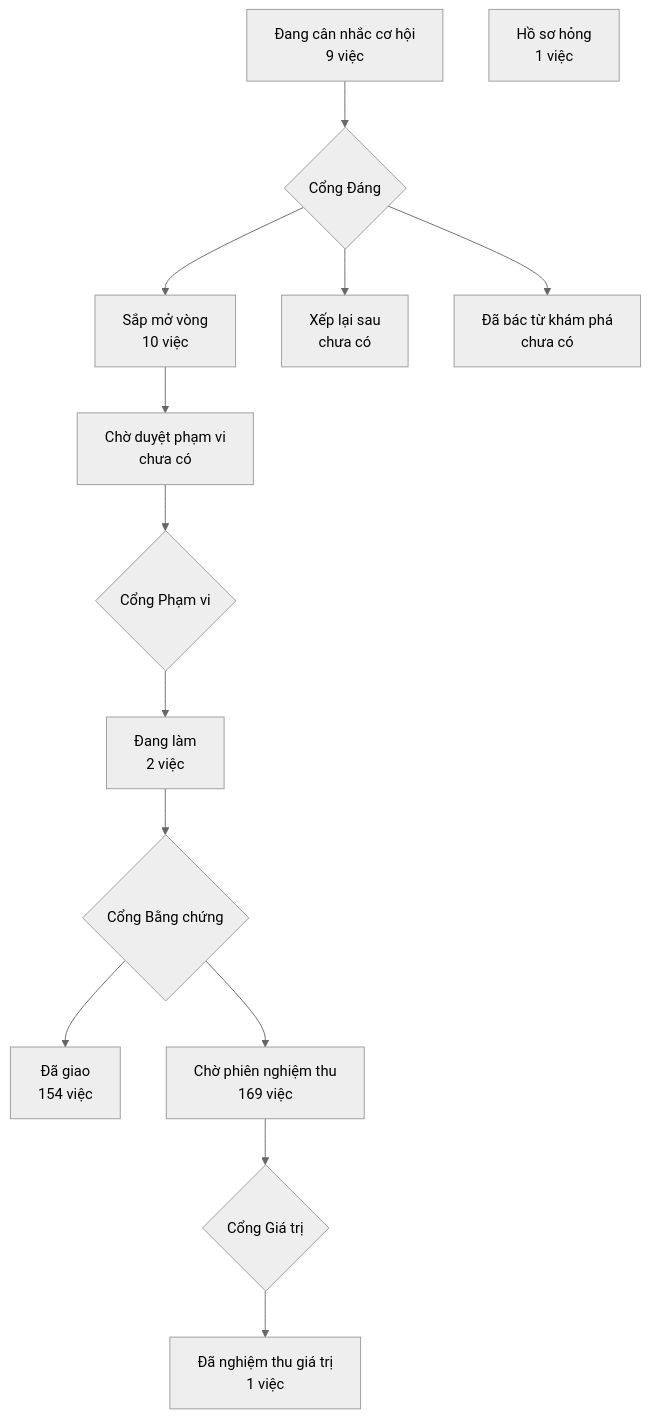
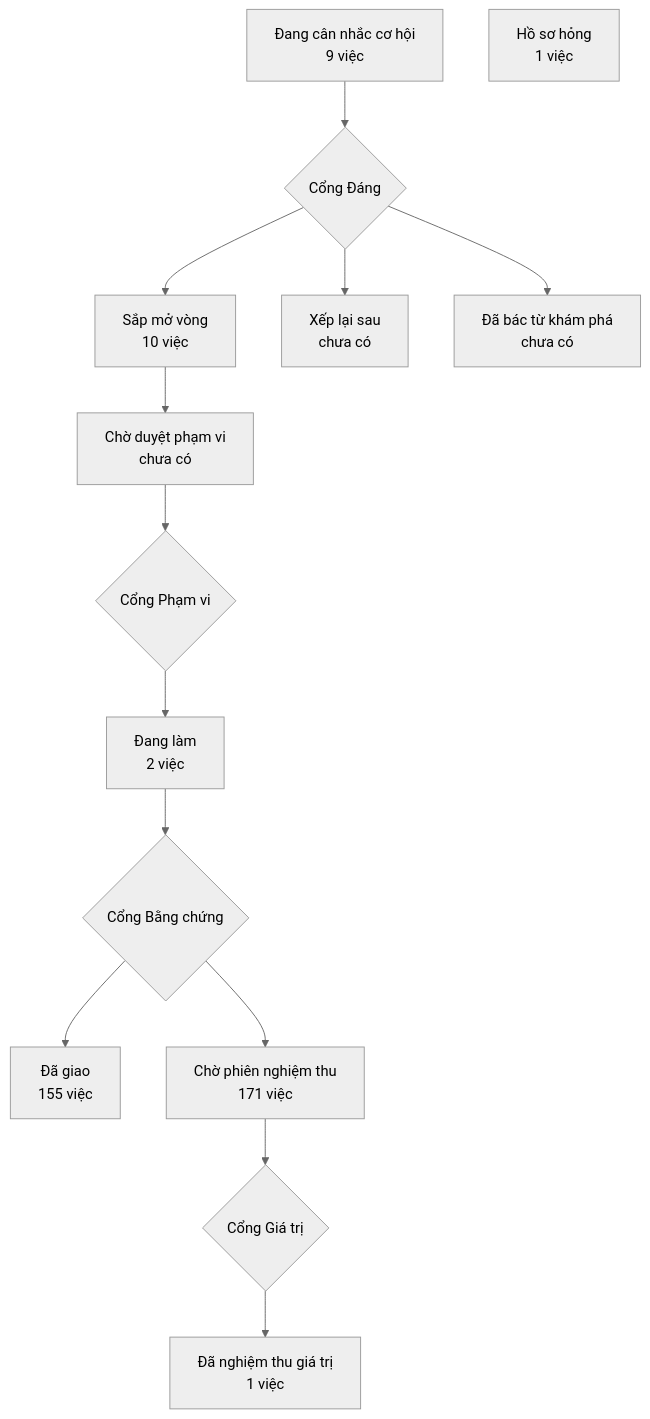
One commit to phanlemanh/crm-onehub changed the diagram in PRODUCT-MAP.md. Above: the diagram before and after it, drawn with Mermaid (neutral theme). The commit also changed other lines of this file and 1 other file, not shown here.

Commit message:
docs(moi-kr-ca-cong-ty): vẽ lại bản đồ sau gộp onehub (#533, #539, #540)

````diff
--- a/PRODUCT-MAP.md
+++ b/PRODUCT-MAP.md
@@ -7,13 +7,13 @@
 ```mermaid
 flowchart TD
   A["Đang cân nhắc cơ hội<br/>9 việc"] --> GD{"Cổng Đáng"}
   GD --> B["Sắp mở vòng<br/>10 việc"]
   GD --> XL["Xếp lại sau<br/>chưa có"]
   GD --> DB["Đã bác từ khám phá<br/>chưa có"]
   B --> CD["Chờ duyệt phạm vi<br/>chưa có"] --> GP{"Cổng Phạm vi"}
   GP --> DL["Đang làm<br/>2 việc"] --> GB{"Cổng Bằng chứng"}
-  GB --> DG["Đã giao<br/>154 việc"]
-  GB --> CN["Chờ phiên nghiệm thu<br/>169 việc"] --> GG{"Cổng Giá trị"}
+  GB --> DG["Đã giao<br/>155 việc"]
+  GB --> CN["Chờ phiên nghiệm thu<br/>171 việc"] --> GG{"Cổng Giá trị"}
   GG --> NT["Đã nghiệm thu giá trị<br/>1 việc"]
   HS["Hồ sơ hỏng<br/>1 việc"]
 ```
````
